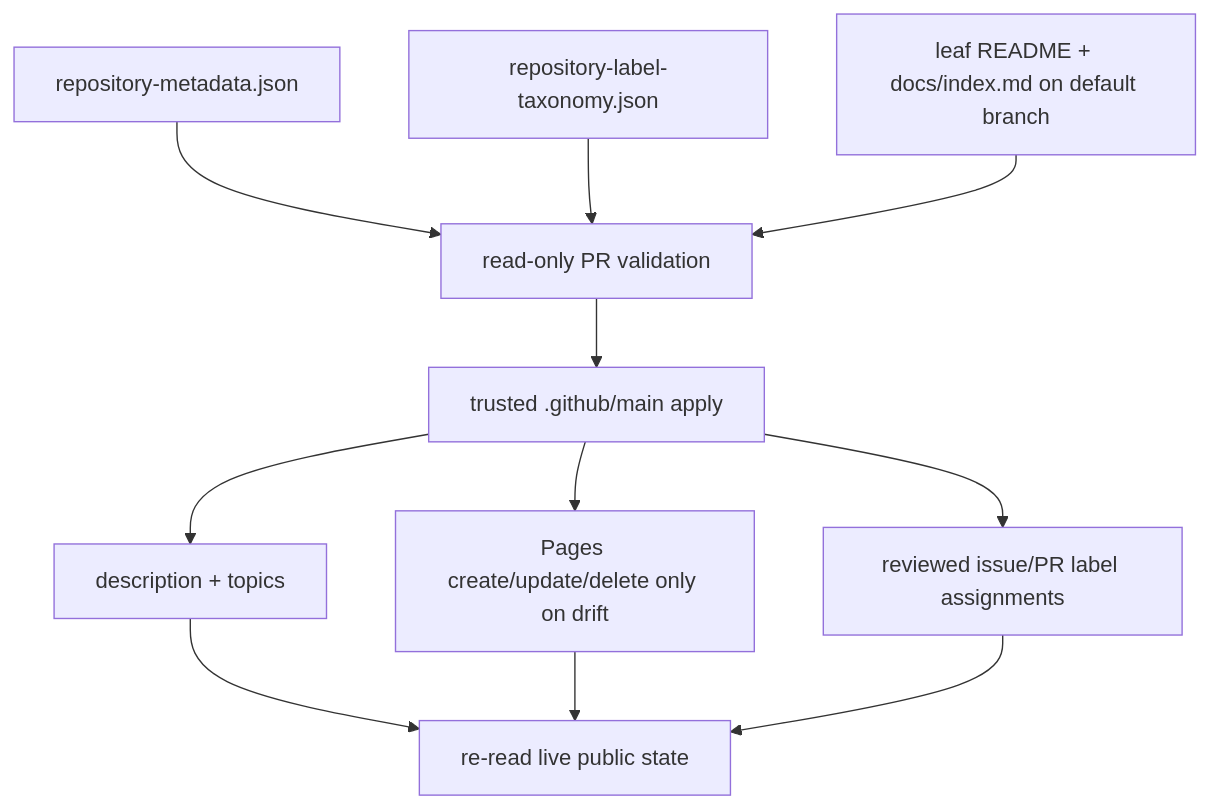
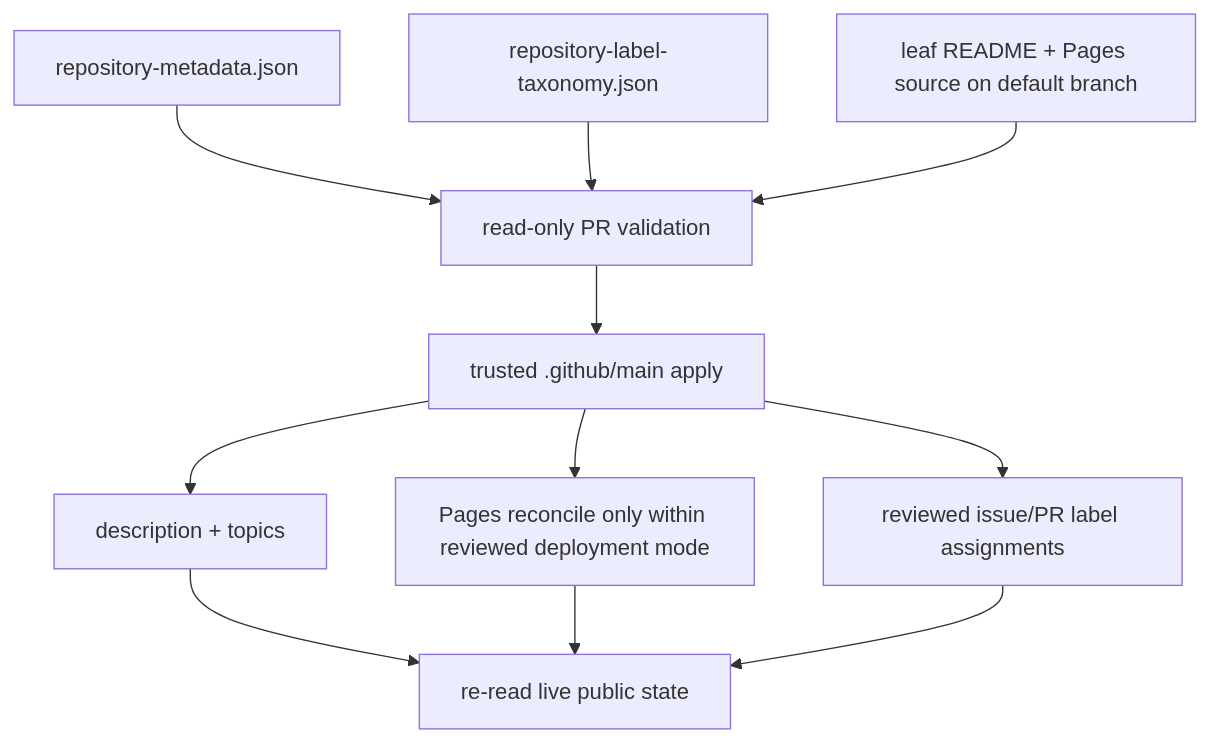
The diagram in docs/doctoring/repository-public-surface-reconciliation.md (ContextualWisdomLab/.github), drawn with Mermaid before and after one commit. The commit also changed other lines of this file, not shown here.

````diff
--- a/docs/doctoring/repository-public-surface-reconciliation.md
+++ b/docs/doctoring/repository-public-surface-reconciliation.md
@@ -15,23 +15,23 @@
 ```mermaid
 flowchart TD
   Manifest["repository-metadata.json"]
   Taxonomy["repository-label-taxonomy.json"]
   Validate["read-only PR validation"]
-  Leaf["leaf README + docs/index.md on default branch"]
+  Leaf["leaf README + Pages source on default branch"]
   Apply["trusted .github/main apply"]
   Metadata["description + topics"]
-  Pages["Pages create/update/delete only on drift"]
+  Pages["Pages reconcile only within reviewed deployment mode"]
   Labels["reviewed issue/PR label assignments"]
   Verify["re-read live public state"]
 
   Manifest --> Validate
   Taxonomy --> Validate
   Leaf --> Validate
   Validate --> Apply
   Apply --> Metadata
   Apply --> Pages
   Apply --> Labels
   Metadata --> Verify
   Pages --> Verify
   Labels --> Verify
 ```
````
